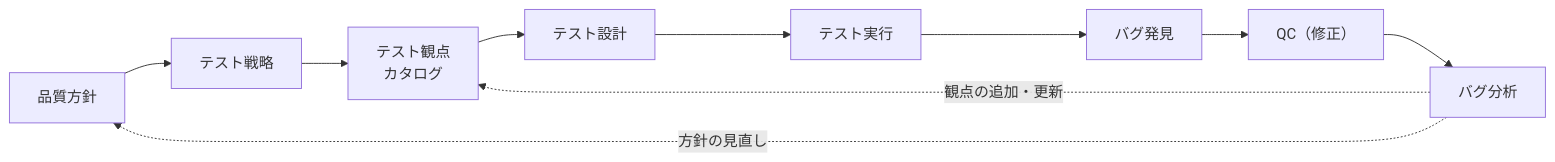
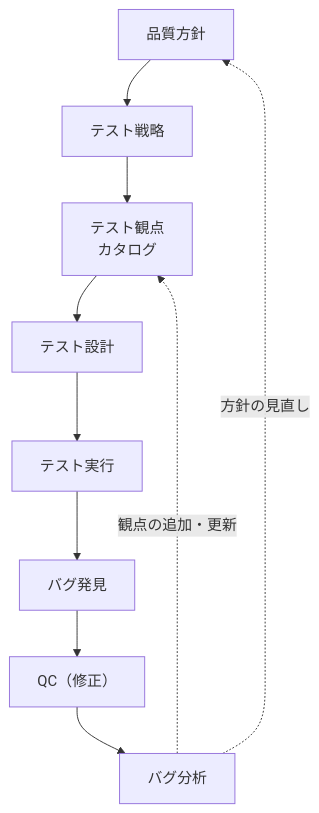
The diagram in books/testing-not-equals-qa/chapter5_2.md (akihisa-kusakabe-bk/zenn-content), drawn with Mermaid before and after one commit. The commit also changed other lines of this file and 14 other files, not shown here.

Commit message:
公開版の章間リンク281件を正しいURLに修正し、第5章(2)の図を縦向きにする

````diff
--- a/books/testing-not-equals-qa/chapter5_2.md
+++ b/books/testing-not-equals-qa/chapter5_2.md
@@ -323,12 +323,12 @@
 ```mermaid
-graph LR
+graph TD
     A["品質方針"] --> B["テスト戦略"]
     B --> C["テスト観点<br/>カタログ"]
     C --> D["テスト設計"]
     D --> E["テスト実行"]
     E --> F["バグ発見"]
     F --> G["QC（修正）"]
     G --> H["バグ分析"]
     H -.->|観点の追加・更新| C
     H -.->|方針の見直し| A
 ```
````
